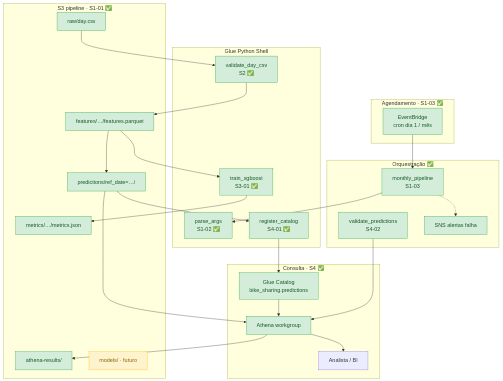
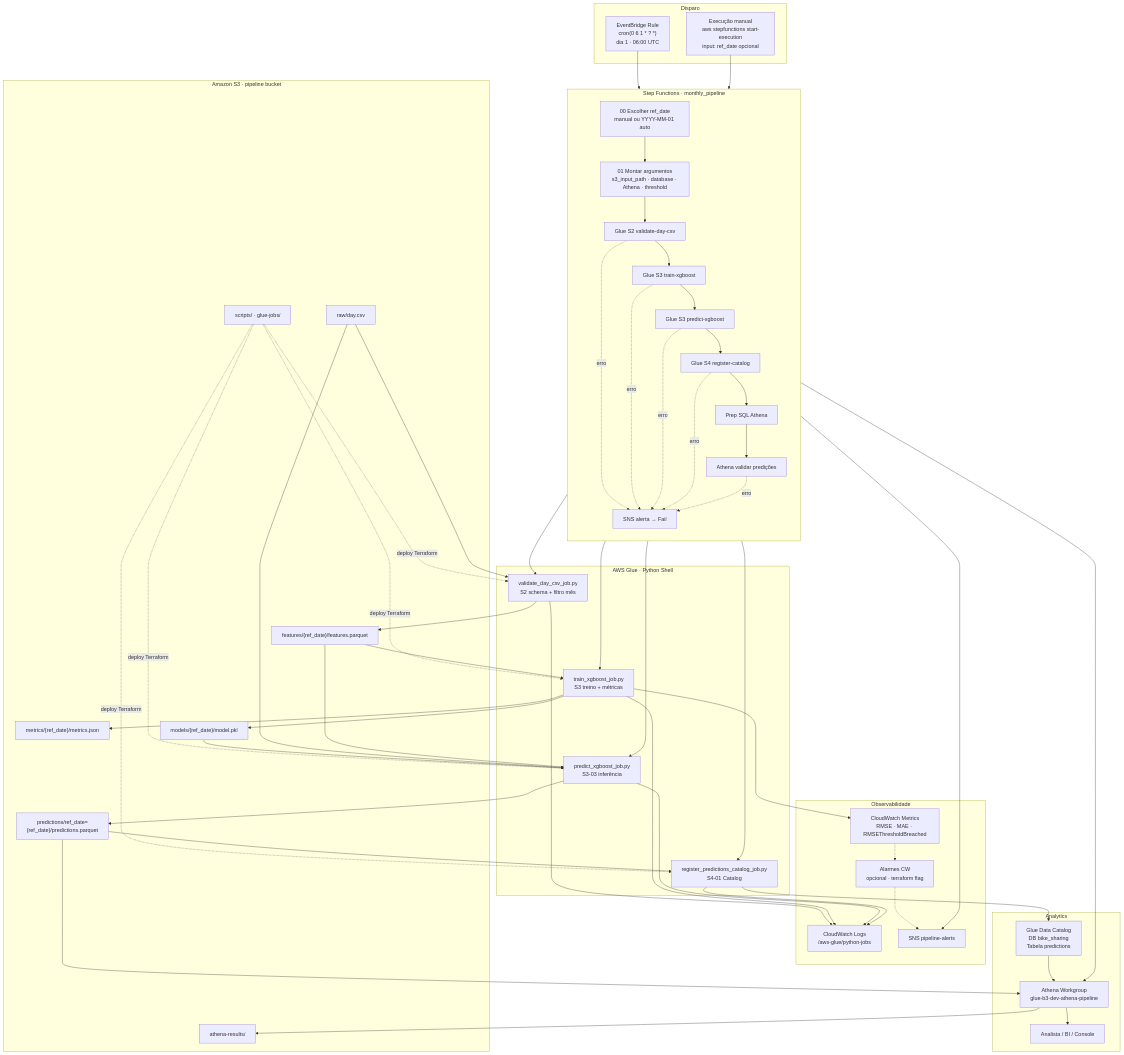
One commit to welligtoncos/bike-sharing-forecast-aws changed the first of 6 diagrams in docs/architecture.md. Above: the diagram before and after it, drawn with Mermaid. The commit also changed other lines of this file, not shown here.

First line of the commit message:
docs: diagramas mermaid da esteira mensal completa passo a passo.

````diff
--- a/docs/architecture.md
+++ b/docs/architecture.md
@@ -7,54 +7,86 @@
 ```mermaid
 flowchart TB
-    subgraph AGENDAMENTO["Agendamento · S1-03 ✅"]
-        EB[EventBridge<br/>cron dia 1 / mês]
+    subgraph TRIGGER["Disparo"]
+        EB["EventBridge Rule<br/>cron(0 6 1 * ? *)<br/>dia 1 · 06:00 UTC"]
+        MANUAL["Execução manual<br/>aws stepfunctions start-execution<br/>input: ref_date opcional"]
     end
 
-    subgraph ORQUESTRACAO["Orquestração ✅"]
-        SF1[monthly_pipeline<br/>S1-03]
-        SF2[validate_predictions<br/>S4-02]
-        SNS[SNS alertas falha]
+    subgraph SFN["Step Functions · monthly_pipeline"]
+        direction TB
+        S00["00 Escolher ref_date<br/>manual ou YYYY-MM-01 auto"]
+        S01["01 Montar argumentos<br/>s3_input_path · database · Athena · threshold"]
+        S02["Glue S2 validate-day-csv"]
+        S03["Glue S3 train-xgboost"]
+        S04["Glue S3 predict-xgboost"]
+        S05["Glue S4 register-catalog"]
+        S06["Prep SQL Athena"]
+        S07["Athena validar predições"]
+        FAIL["SNS alerta → Fail"]
+        S00 --> S01 --> S02 --> S03 --> S04 --> S05 --> S06 --> S07
+        S02 & S03 & S04 & S05 & S07 -.->|erro| FAIL
     end
 
-    subgraph COMPUTE["Glue Python Shell"]
-        GJ1[parse_args<br/>S1-02 ✅]
-        GJ2[validate_day_csv<br/>S2 ✅]
-        GJ3[train_xgboost<br/>S3-01 ✅]
-        GJ4[register_catalog<br/>S4-01 ✅]
+    subgraph GLUE["AWS Glue · Python Shell"]
+        GJ2["validate_day_csv_job.py<br/>S2 schema + filtro mês"]
+        GJ3["train_xgboost_job.py<br/>S3 treino + métricas"]
+        GJ4["predict_xgboost_job.py<br/>S3-03 inferência"]
+        GJ5["register_predictions_catalog_job.py<br/>S4-01 Catalog"]
     end
 
-    subgraph S3["S3 pipeline · S1-01 ✅"]
-        RAW[raw/day.csv]
-        FEAT[features/…/features.parquet]
-        MET[metrics/…/metrics.json]
-        PRED["predictions/ref_date=…/"]
-        ATHOUT[athena-results/]
-        MOD[models/ · futuro]
+    subgraph STORAGE["Amazon S3 · pipeline bucket"]
+        RAW["raw/day.csv"]
+        SCRIPTS["scripts/ · glue-jobs/"]
+        FEAT["features/{ref_date}/features.parquet"]
+        MET["metrics/{ref_date}/metrics.json"]
+        MOD["models/{ref_date}/model.pkl"]
+        PRED["predictions/ref_date={ref_date}/predictions.parquet"]
+        ATHOUT["athena-results/"]
     end
 
-    subgraph ANALYTICS["Consulta · S4 ✅"]
-        GC["Glue Catalog<br/>bike_sharing.predictions"]
-        ATH[Athena workgroup]
-        USR[Analista / BI]
+    subgraph OBS["Observabilidade"]
+        CWLOG["CloudWatch Logs<br/>/aws-glue/python-jobs"]
+        CWMET["CloudWatch Metrics<br/>RMSE · MAE · RMSEThresholdBreached"]
+        SNS["SNS pipeline-alerts"]
+        ALM["Alarmes CW<br/>opcional · terraform flag"]
     end
 
-    EB --> SF1
-    SF1 --> GJ1
-    SF1 -.-> SNS
+    subgraph LAKE["Analytics"]
+        GC["Glue Data Catalog<br/>DB bike_sharing<br/>Tabela predictions"]
+        ATH["Athena Workgroup<br/>glue-b3-dev-athena-pipeline"]
+        USR["Analista / BI / Console"]
+    end
 
-    RAW --> GJ2 --> FEAT
-    FEAT --> GJ3 --> MET
-    FEAT --> PRED
-    PRED --> GJ4 --> GC
+    EB --> SFN
+    MANUAL --> SFN
 
-    SF2 --> ATH
+    S02 --> GJ2
+    S03 --> GJ3
+    S04 --> GJ4
+    S05 --> GJ5
+    S07 --> ATH
+
+    SCRIPTS -.->|deploy Terraform| GJ2 & GJ3 & GJ4 & GJ5
+
+    RAW --> GJ2
+    GJ2 --> FEAT
+    FEAT --> GJ3
+    GJ3 --> MET
+    GJ3 --> MOD
+    GJ3 --> CWMET
+    MOD --> GJ4
+    RAW --> GJ4
+    FEAT --> GJ4
+    GJ4 --> PRED
+    PRED --> GJ5
+    GJ5 --> GC
+
     GC --> ATH
     PRED --> ATH
     ATH --> ATHOUT
     ATH --> USR
 
-    classDef done fill:#d4edda,stroke:#28a745,color:#155724
-    classDef future fill:#fff3cd,stroke:#ffc107,color:#856404
-    class EB,SF1,SF2,GJ1,GJ2,GJ3,GJ4,RAW,FEAT,MET,PRED,GC,ATH,ATHOUT,SNS done
-    class MOD future
+    GJ2 & GJ3 & GJ4 & GJ5 --> CWLOG
+    FAIL --> SNS
+    CWMET -.-> ALM
+    ALM -.-> SNS
 ```
````
